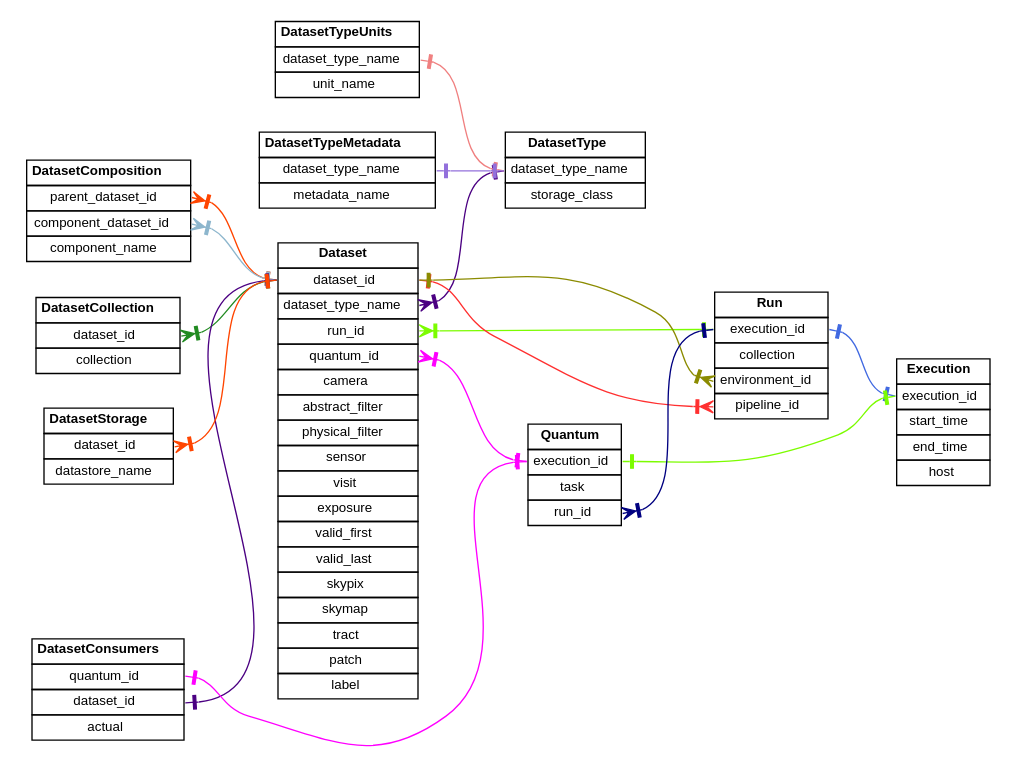
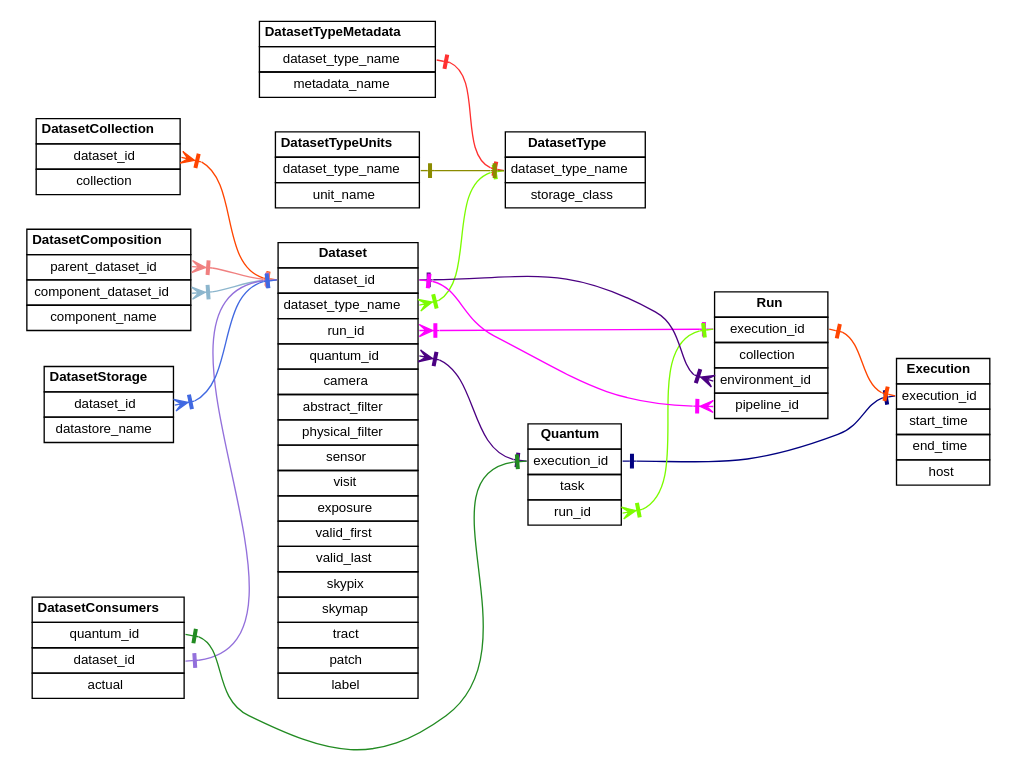
The diagram in generated/relationships-limited.dot (lsst-dm/dmtn-073), drawn with Graphviz before and after one commit. The commit also changed 2 other files, not shown here.

Commit message:
Make GraphViz node order deterministic.

```diff
--- a/generated/relationships-limited.dot
+++ b/generated/relationships-limited.dot
@@ -1,133 +1,133 @@
 digraph relationships
 {
   node [shape=plaintext fontname=helvetica fontsize=10]
   edge [dir=both]
   rankdir=LR
   concentrate=false
   Dataset
   [label=<
     <table border="0" cellborder="1" cellpadding="3" cellspacing="0">
       <tr><td><b>Dataset</b></td></tr>
       <tr><td port="dataset_id">dataset_id</td></tr>
       <tr><td port="dataset_type_name">dataset_type_name</td></tr>
       <tr><td port="run_id">run_id</td></tr>
       <tr><td port="quantum_id">quantum_id</td></tr>
       <tr><td port="camera">camera</td></tr>
       <tr><td port="abstract_filter">abstract_filter</td></tr>
       <tr><td port="physical_filter">physical_filter</td></tr>
       <tr><td port="sensor">sensor</td></tr>
       <tr><td port="visit">visit</td></tr>
       <tr><td port="exposure">exposure</td></tr>
       <tr><td port="valid_first">valid_first</td></tr>
       <tr><td port="valid_last">valid_last</td></tr>
       <tr><td port="skypix">skypix</td></tr>
       <tr><td port="skymap">skymap</td></tr>
       <tr><td port="tract">tract</td></tr>
       <tr><td port="patch">patch</td></tr>
       <tr><td port="label">label</td></tr>
     </table>
   >];
-  DatasetComposition
-  [label=<
-    <table border="0" cellborder="1" cellpadding="3" cellspacing="0">
-      <tr><td><b>DatasetComposition</b></td></tr>
-      <tr><td port="parent_dataset_id">parent_dataset_id</td></tr>
-      <tr><td port="component_dataset_id">component_dataset_id</td></tr>
-      <tr><td port="component_name">component_name</td></tr>
-    </table>
-  >];
-  DatasetType
-  [label=<
-    <table border="0" cellborder="1" cellpadding="3" cellspacing="0">
-      <tr><td><b>DatasetType</b></td></tr>
-      <tr><td port="dataset_type_name">dataset_type_name</td></tr>
-      <tr><td port="storage_class">storage_class</td></tr>
-    </table>
-  >];
-  DatasetTypeUnits
-  [label=<
-    <table border="0" cellborder="1" cellpadding="3" cellspacing="0">
-      <tr><td><b>DatasetTypeUnits</b></td></tr>
-      <tr><td port="dataset_type_name">dataset_type_name</td></tr>
-      <tr><td port="unit_name">unit_name</td></tr>
-    </table>
-  >];
-  DatasetTypeMetadata
-  [label=<
-    <table border="0" cellborder="1" cellpadding="3" cellspacing="0">
-      <tr><td><b>DatasetTypeMetadata</b></td></tr>
-      <tr><td port="dataset_type_name">dataset_type_name</td></tr>
-      <tr><td port="metadata_name">metadata_name</td></tr>
-    </table>
-  >];
   DatasetCollection
   [label=<
     <table border="0" cellborder="1" cellpadding="3" cellspacing="0">
       <tr><td><b>DatasetCollection</b></td></tr>
       <tr><td port="dataset_id">dataset_id</td></tr>
       <tr><td port="collection">collection</td></tr>
     </table>
   >];
-  Execution
+  DatasetComposition
   [label=<
     <table border="0" cellborder="1" cellpadding="3" cellspacing="0">
-      <tr><td><b>Execution</b></td></tr>
-      <tr><td port="execution_id">execution_id</td></tr>
-      <tr><td port="start_time">start_time</td></tr>
-      <tr><td port="end_time">end_time</td></tr>
-      <tr><td port="host">host</td></tr>
-    </table>
-  >];
-  Run
-  [label=<
-    <table border="0" cellborder="1" cellpadding="3" cellspacing="0">
-      <tr><td><b>Run</b></td></tr>
-      <tr><td port="execution_id">execution_id</td></tr>
-      <tr><td port="collection">collection</td></tr>
-      <tr><td port="environment_id">environment_id</td></tr>
-      <tr><td port="pipeline_id">pipeline_id</td></tr>
-    </table>
-  >];
-  Quantum
-  [label=<
-    <table border="0" cellborder="1" cellpadding="3" cellspacing="0">
-      <tr><td><b>Quantum</b></td></tr>
-      <tr><td port="execution_id">execution_id</td></tr>
-      <tr><td port="task">task</td></tr>
-      <tr><td port="run_id">run_id</td></tr>
+      <tr><td><b>DatasetComposition</b></td></tr>
+      <tr><td port="parent_dataset_id">parent_dataset_id</td></tr>
+      <tr><td port="component_dataset_id">component_dataset_id</td></tr>
+      <tr><td port="component_name">component_name</td></tr>
     </table>
   >];
   DatasetConsumers
   [label=<
     <table border="0" cellborder="1" cellpadding="3" cellspacing="0">
       <tr><td><b>DatasetConsumers</b></td></tr>
       <tr><td port="quantum_id">quantum_id</td></tr>
       <tr><td port="dataset_id">dataset_id</td></tr>
       <tr><td port="actual">actual</td></tr>
     </table>
   >];
   DatasetStorage
   [label=<
     <table border="0" cellborder="1" cellpadding="3" cellspacing="0">
       <tr><td><b>DatasetStorage</b></td></tr>
       <tr><td port="dataset_id">dataset_id</td></tr>
       <tr><td port="datastore_name">datastore_name</td></tr>
     </table>
   >];
-  Dataset:run_id -> Run:execution_id [arrowtail=crowtee arrowhead=nonetee color=lawngreen]
-  Dataset:dataset_type_name -> DatasetType:dataset_type_name [arrowtail=crowtee arrowhead=nonetee color=indigo]
-  Dataset:quantum_id -> Quantum:execution_id [arrowtail=crowtee arrowhead=nonetee color=magenta1]
-  DatasetComposition:parent_dataset_id -> Dataset:dataset_id [arrowtail=crowtee arrowhead=nonetee color=orangered]
+  DatasetType
+  [label=<
+    <table border="0" cellborder="1" cellpadding="3" cellspacing="0">
+      <tr><td><b>DatasetType</b></td></tr>
+      <tr><td port="dataset_type_name">dataset_type_name</td></tr>
+      <tr><td port="storage_class">storage_class</td></tr>
+    </table>
+  >];
+  DatasetTypeMetadata
+  [label=<
+    <table border="0" cellborder="1" cellpadding="3" cellspacing="0">
+      <tr><td><b>DatasetTypeMetadata</b></td></tr>
+      <tr><td port="dataset_type_name">dataset_type_name</td></tr>
+      <tr><td port="metadata_name">metadata_name</td></tr>
+    </table>
+  >];
+  DatasetTypeUnits
+  [label=<
+    <table border="0" cellborder="1" cellpadding="3" cellspacing="0">
+      <tr><td><b>DatasetTypeUnits</b></td></tr>
+      <tr><td port="dataset_type_name">dataset_type_name</td></tr>
+      <tr><td port="unit_name">unit_name</td></tr>
+    </table>
+  >];
+  Execution
+  [label=<
+    <table border="0" cellborder="1" cellpadding="3" cellspacing="0">
+      <tr><td><b>Execution</b></td></tr>
+      <tr><td port="execution_id">execution_id</td></tr>
+      <tr><td port="start_time">start_time</td></tr>
+      <tr><td port="end_time">end_time</td></tr>
+      <tr><td port="host">host</td></tr>
+    </table>
+  >];
+  Quantum
+  [label=<
+    <table border="0" cellborder="1" cellpadding="3" cellspacing="0">
+      <tr><td><b>Quantum</b></td></tr>
+      <tr><td port="execution_id">execution_id</td></tr>
+      <tr><td port="task">task</td></tr>
+      <tr><td port="run_id">run_id</td></tr>
+    </table>
+  >];
+  Run
+  [label=<
+    <table border="0" cellborder="1" cellpadding="3" cellspacing="0">
+      <tr><td><b>Run</b></td></tr>
+      <tr><td port="execution_id">execution_id</td></tr>
+      <tr><td port="collection">collection</td></tr>
+      <tr><td port="environment_id">environment_id</td></tr>
+      <tr><td port="pipeline_id">pipeline_id</td></tr>
+    </table>
+  >];
+  Dataset:dataset_type_name -> DatasetType:dataset_type_name [arrowtail=crowtee arrowhead=nonetee color=lawngreen]
+  Dataset:quantum_id -> Quantum:execution_id [arrowtail=crowtee arrowhead=nonetee color=indigo]
+  Dataset:run_id -> Run:execution_id [arrowtail=crowtee arrowhead=nonetee color=magenta1]
+  DatasetCollection:dataset_id -> Dataset:dataset_id [arrowtail=crowtee arrowhead=nonetee color=orangered]
   DatasetComposition:component_dataset_id -> Dataset:dataset_id [arrowtail=crowtee arrowhead=nonetee color=lightskyblue3]
-  DatasetTypeUnits:dataset_type_name -> DatasetType:dataset_type_name [arrowtail=nonetee arrowhead=nonetee color=lightcoral]
-  DatasetTypeMetadata:dataset_type_name -> DatasetType:dataset_type_name [arrowtail=nonetee arrowhead=nonetee color=mediumpurple]
-  DatasetCollection:dataset_id -> Dataset:dataset_id [arrowtail=crowtee arrowhead=nonetee color=forestgreen]
-  Run:execution_id -> Execution:execution_id [arrowtail=nonetee arrowhead=nonetee color=royalblue]
-  Run:pipeline_id -> Dataset:dataset_id [arrowtail=crowtee arrowhead=nonetee color=firebrick1]
-  Run:environment_id -> Dataset:dataset_id [arrowtail=crowtee arrowhead=nonetee color=yellow4]
-  Quantum:run_id -> Run:execution_id [arrowtail=crowtee arrowhead=nonetee color=navyblue]
-  Quantum:execution_id -> Execution:execution_id [arrowtail=nonetee arrowhead=nonetee color=lawngreen]
-  DatasetConsumers:dataset_id -> Dataset:dataset_id [arrowtail=nonetee arrowhead=nonetee color=indigo]
-  DatasetConsumers:quantum_id -> Quantum:execution_id [arrowtail=nonetee arrowhead=nonetee color=magenta1]
-  DatasetStorage:dataset_id -> Dataset:dataset_id [arrowtail=crowtee arrowhead=nonetee color=orangered]
+  DatasetComposition:parent_dataset_id -> Dataset:dataset_id [arrowtail=crowtee arrowhead=nonetee color=lightcoral]
+  DatasetConsumers:dataset_id -> Dataset:dataset_id [arrowtail=nonetee arrowhead=nonetee color=mediumpurple]
+  DatasetConsumers:quantum_id -> Quantum:execution_id [arrowtail=nonetee arrowhead=nonetee color=forestgreen]
+  DatasetStorage:dataset_id -> Dataset:dataset_id [arrowtail=crowtee arrowhead=nonetee color=royalblue]
+  DatasetTypeMetadata:dataset_type_name -> DatasetType:dataset_type_name [arrowtail=nonetee arrowhead=nonetee color=firebrick1]
+  DatasetTypeUnits:dataset_type_name -> DatasetType:dataset_type_name [arrowtail=nonetee arrowhead=nonetee color=yellow4]
+  Quantum:execution_id -> Execution:execution_id [arrowtail=nonetee arrowhead=nonetee color=navyblue]
+  Quantum:run_id -> Run:execution_id [arrowtail=crowtee arrowhead=nonetee color=lawngreen]
+  Run:environment_id -> Dataset:dataset_id [arrowtail=crowtee arrowhead=nonetee color=indigo]
+  Run:pipeline_id -> Dataset:dataset_id [arrowtail=crowtee arrowhead=nonetee color=magenta1]
+  Run:execution_id -> Execution:execution_id [arrowtail=nonetee arrowhead=nonetee color=orangered]
 }
```
